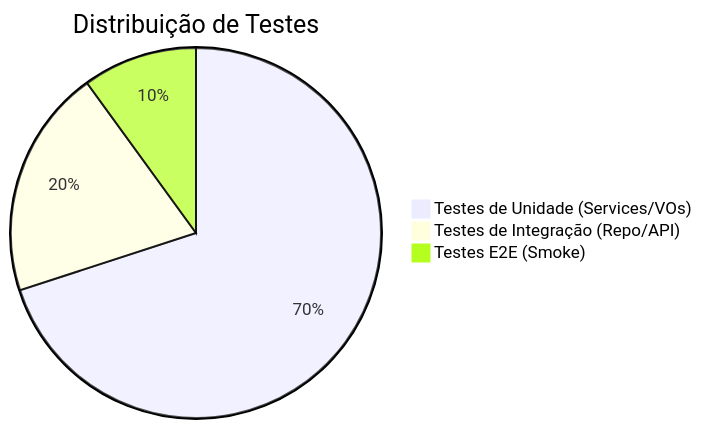
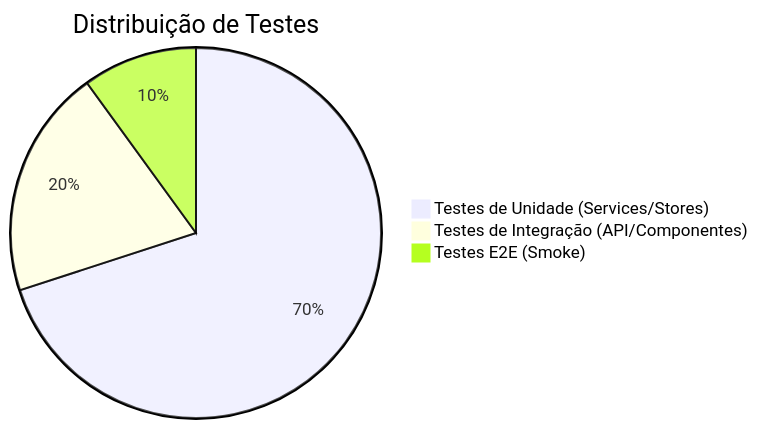
The diagram in docs/pt-br/TESTES.md (DessimA/delivery_system), drawn with Mermaid before and after one commit. The commit also changed other lines of this file and 92 other files, not shown here.

````diff
--- a/docs/pt-br/TESTES.md
+++ b/docs/pt-br/TESTES.md
@@ -4,6 +4,6 @@
 ```mermaid
 pie title Distribuição de Testes
-    "Testes de Unidade (Services/VOs)" : 70
-    "Testes de Integração (Repo/API)" : 20
+    "Testes de Unidade (Services/Stores)" : 70
+    "Testes de Integração (API/Componentes)" : 20
     "Testes E2E (Smoke)" : 10
 ```
````
